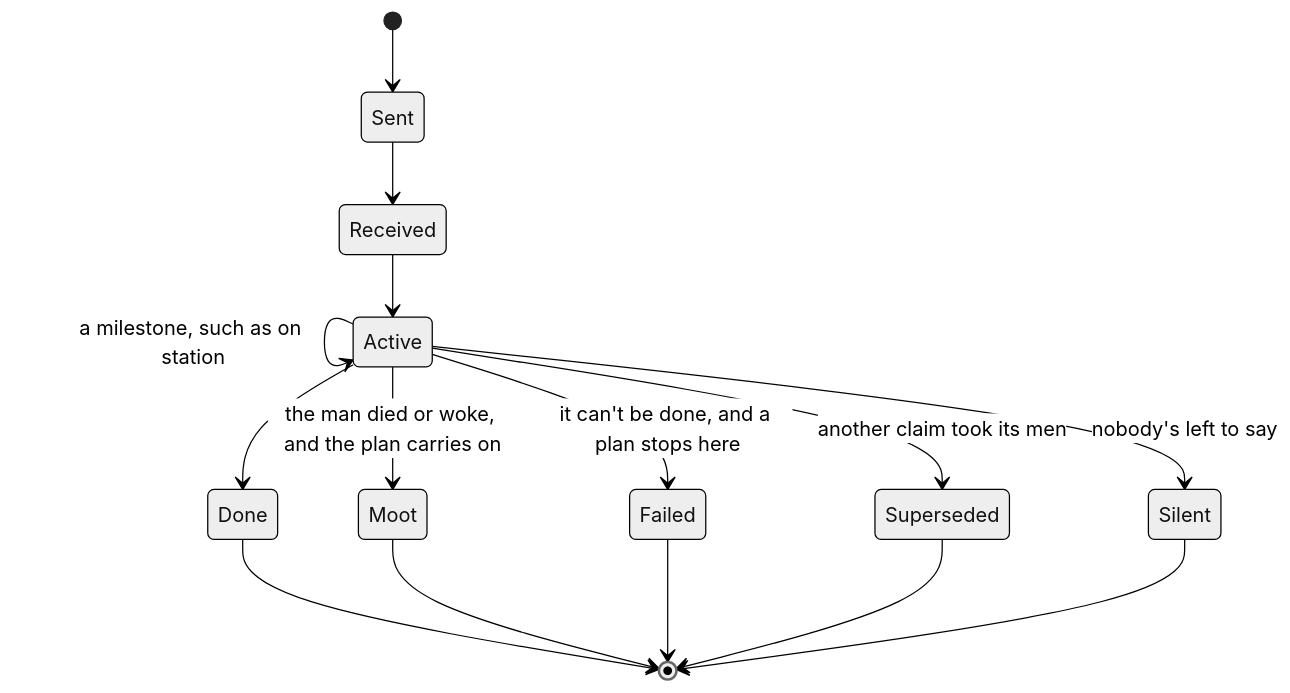
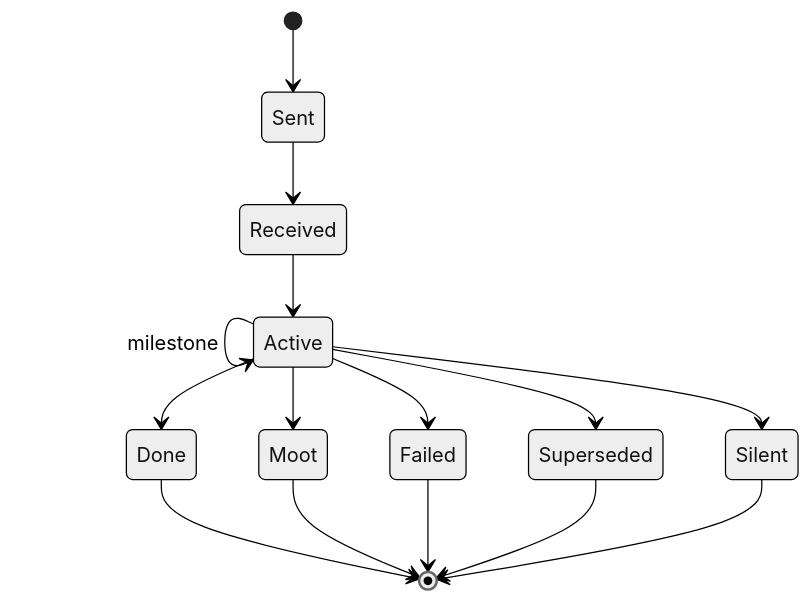
One commit to Neefay/arma3-llm-harness changed the third of 23 diagrams in docs/COMMANDER_MODEL.md. Above: the diagram before and after it, drawn with Mermaid (neutral theme). The commit also changed other lines of this file and 1 other file, not shown here.

````diff
--- a/docs/COMMANDER_MODEL.md
+++ b/docs/COMMANDER_MODEL.md
@@ -423,17 +225,17 @@
 ```mermaid
 stateDiagram-v2
   [*] --> Sent
   Sent --> Received
   Received --> Active
-  Active --> Active: a milestone, such as on station
+  Active --> Active: milestone
   Active --> Done
-  Active --> Moot: the man died or woke, and the plan carries on
-  Active --> Failed: it can't be done, and a plan stops here
-  Active --> Superseded: another claim took its men
-  Active --> Silent: nobody's left to say
+  Active --> Moot
+  Active --> Failed
+  Active --> Superseded
+  Active --> Silent
   Done --> [*]
   Moot --> [*]
   Failed --> [*]
   Superseded --> [*]
   Silent --> [*]
 ```
````
